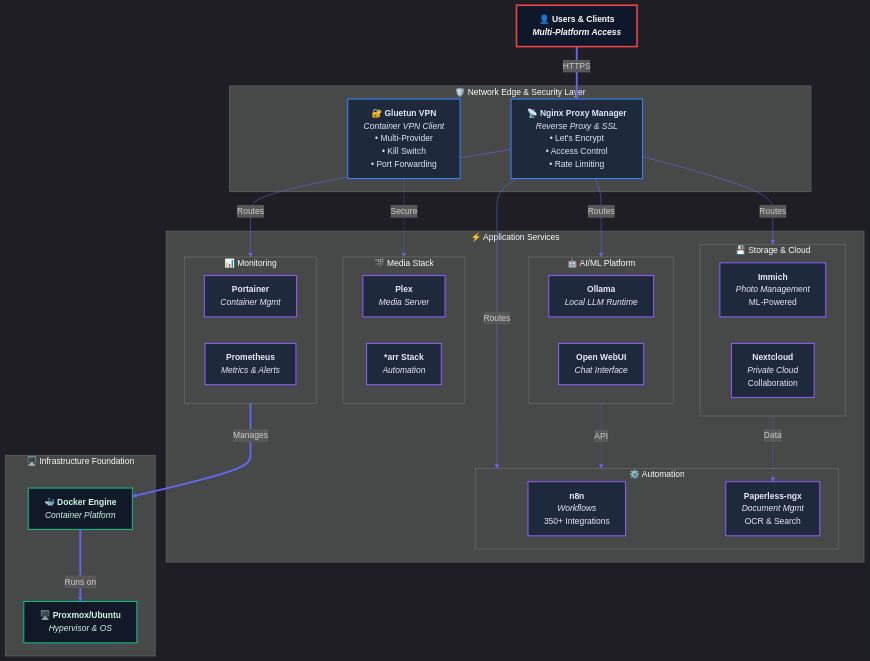
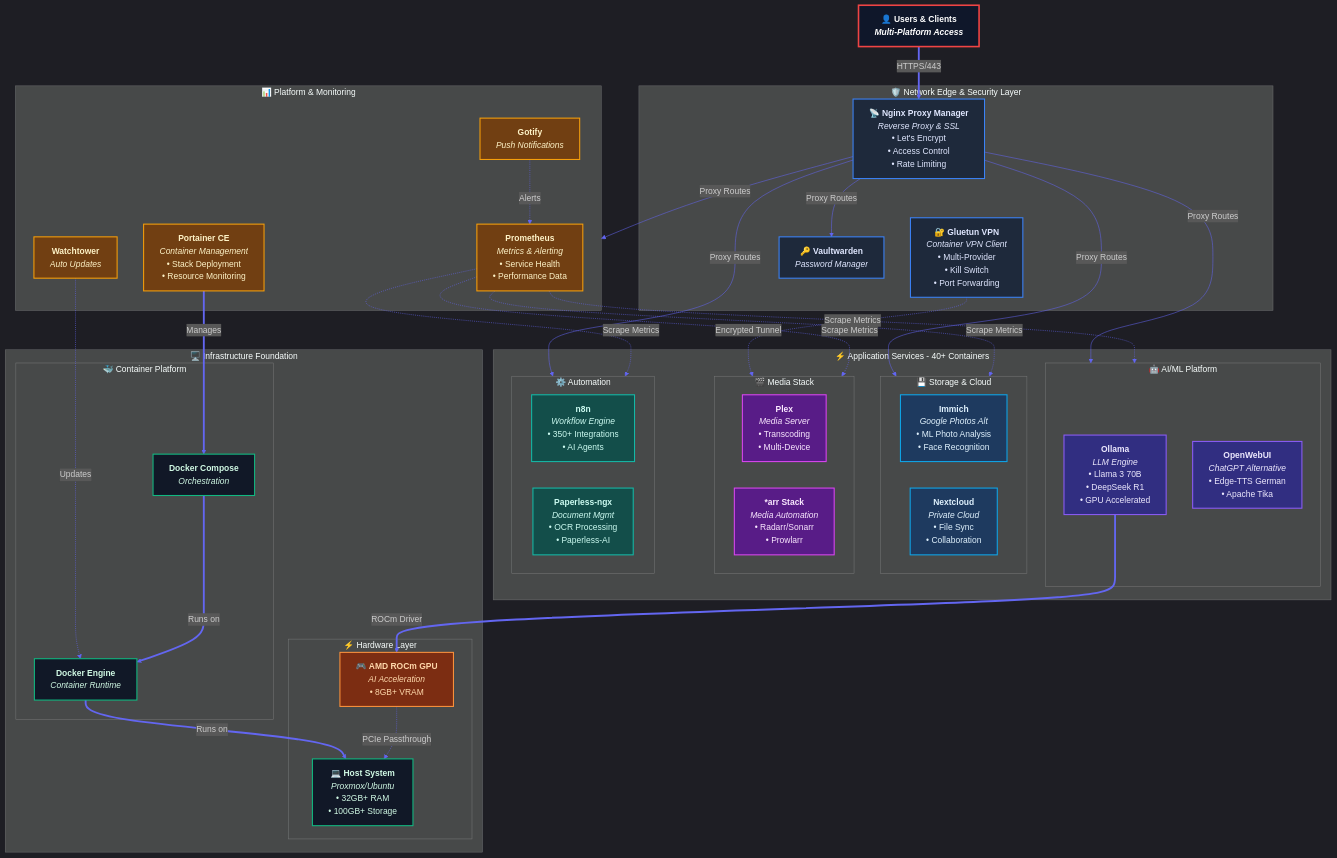
The first of 2 diagrams in README.md (psimaker/homelab), drawn with Mermaid before and after one commit.

````diff
--- a/README.md
+++ b/README.md
@@ -20,64 +20,99 @@
     subgraph EDGE["🛡️ Network Edge & Security Layer"]
         NPM["📡 <b>Nginx Proxy Manager</b><br/><i>Reverse Proxy & SSL</i><br/>• Let's Encrypt<br/>• Access Control<br/>• Rate Limiting"]
         VPN["🔐 <b>Gluetun VPN</b><br/><i>Container VPN Client</i><br/>• Multi-Provider<br/>• Kill Switch<br/>• Port Forwarding"]
+        VAULTWARDEN["🔑 <b>Vaultwarden</b><br/><i>Password Manager</i>"]
     end
 
-    subgraph SERVICES["⚡ Application Services"]
+    subgraph SERVICES["⚡ Application Services - 40+ Containers"]
         subgraph AI["🤖 AI/ML Platform"]
-            OLLAMA["<b>Ollama</b><br/><i>Local LLM Runtime</i>"]
-            OPENWEBUI["<b>Open WebUI</b><br/><i>Chat Interface</i>"]
+            OLLAMA["<b>Ollama</b><br/><i>LLM Engine</i><br/>• Llama 3 70B<br/>• DeepSeek R1<br/>• GPU Accelerated"]
+            OPENWEBUI["<b>OpenWebUI</b><br/><i>ChatGPT Alternative</i><br/>• Edge-TTS German<br/>• Apache Tika"]
         end
 
         subgraph STORAGE["💾 Storage & Cloud"]
-            IMMICH["<b>Immich</b><br/><i>Photo Management</i><br/>ML-Powered"]
-            NEXTCLOUD["<b>Nextcloud</b><br/><i>Private Cloud</i><br/>Collaboration"]
+            IMMICH["<b>Immich</b><br/><i>Google Photos Alt</i><br/>• ML Photo Analysis<br/>• Face Recognition"]
+            NEXTCLOUD["<b>Nextcloud</b><br/><i>Private Cloud</i><br/>• File Sync<br/>• Collaboration"]
         end
 
         subgraph MEDIA["🎬 Media Stack"]
-            PLEX["<b>Plex</b><br/><i>Media Server</i>"]
-            RADARR["<b>*arr Stack</b><br/><i>Automation</i>"]
+            PLEX["<b>Plex</b><br/><i>Media Server</i><br/>• Transcoding<br/>• Multi-Device"]
+            ARR["<b>*arr Stack</b><br/><i>Media Automation</i><br/>• Radarr/Sonarr<br/>• Prowlarr"]
         end
 
         subgraph AUTO["⚙️ Automation"]
-            N8N["<b>n8n</b><br/><i>Workflows</i><br/>350+ Integrations"]
-            PAPERLESS["<b>Paperless-ngx</b><br/><i>Document Mgmt</i><br/>OCR & Search"]
-        end
-
-        subgraph MON["📊 Monitoring"]
-            PORTAINER["<b>Portainer</b><br/><i>Container Mgmt</i>"]
-            PROMETHEUS["<b>Prometheus</b><br/><i>Metrics & Alerts</i>"]
+            N8N["<b>n8n</b><br/><i>Workflow Engine</i><br/>• 350+ Integrations<br/>• AI Agents"]
+            PAPERLESS["<b>Paperless-ngx</b><br/><i>Document Mgmt</i><br/>• OCR Processing<br/>• Paperless-AI"]
         end
     end
 
-    subgraph INFRA["🖥️ Infrastructure Foundation"]
-        DOCKER["🐳 <b>Docker Engine</b><br/><i>Container Platform</i>"]
-        HOST["🖥️ <b>Proxmox/Ubuntu</b><br/><i>Hypervisor & OS</i>"]
+    subgraph PLATFORM["📊 Platform & Monitoring"]
+        PORTAINER["<b>Portainer CE</b><br/><i>Container Management</i><br/>• Stack Deployment<br/>• Resource Monitoring"]
+        PROMETHEUS["<b>Prometheus</b><br/><i>Metrics & Alerting</i><br/>• Service Health<br/>• Performance Data"]
+        WATCHTOWER["<b>Watchtower</b><br/><i>Auto Updates</i>"]
+        GOTIFY["<b>Gotify</b><br/><i>Push Notifications</i>"]
     end
 
-    %% Connections
-    USER ==>|HTTPS| NPM
-    NPM -->|Routes| AI
-    NPM -->|Routes| STORAGE
-    NPM -->|Routes| AUTO
-    NPM -->|Routes| MON
-    VPN -.->|Secure| MEDIA
+    subgraph INFRA["🖥️ Infrastructure Foundation"]
+        subgraph DOCKER["🐳 Container Platform"]
+            COMPOSE["<b>Docker Compose</b><br/><i>Orchestration</i>"]
+            ENGINE["<b>Docker Engine</b><br/><i>Container Runtime</i>"]
+        end
+        subgraph HARDWARE["⚡ Hardware Layer"]
+            GPU["🎮 <b>AMD ROCm GPU</b><br/><i>AI Acceleration</i><br/>• 8GB+ VRAM"]
+            HOST["💻 <b>Host System</b><br/><i>Proxmox/Ubuntu</i><br/>• 32GB+ RAM<br/>• 100GB+ Storage"]
+        end
+    end
+
+    %% Main Connections
+    USER ==>|"HTTPS/443"| NPM
+    NPM -->|"Proxy Routes"| AI
+    NPM -->|"Proxy Routes"| STORAGE
+    NPM -->|"Proxy Routes"| AUTO
+    NPM -->|"Proxy Routes"| PLATFORM
+    NPM -->|"Proxy Routes"| VAULTWARDEN
     
-    AI -.->|API| AUTO
-    STORAGE -.->|Data| PAPERLESS
-    MON ==>|Manages| DOCKER
-    DOCKER ==>|Runs on| HOST
+    %% VPN for Media Stack
+    VPN -.->|"Encrypted Tunnel"| MEDIA
+    
+    %% AI GPU Acceleration
+    OLLAMA ==>|"ROCm Driver"| GPU
+    
+    %% Monitoring Connections
+    PROMETHEUS -.->|"Scrape Metrics"| AI
+    PROMETHEUS -.->|"Scrape Metrics"| STORAGE
+    PROMETHEUS -.->|"Scrape Metrics"| MEDIA
+    PROMETHEUS -.->|"Scrape Metrics"| AUTO
+    
+    %% Platform Management
+    PORTAINER ==>|"Manages"| COMPOSE
+    WATCHTOWER -.->|"Updates"| ENGINE
+    GOTIFY -.->|"Alerts"| PROMETHEUS
+    
+    %% Infrastructure
+    COMPOSE ==>|"Runs on"| ENGINE
+    ENGINE ==>|"Runs on"| HOST
+    GPU -.->|"PCIe Passthrough"| HOST
 
     %% Styling
     classDef userStyle fill:#0f172a,stroke:#ef4444,stroke-width:3px,color:#ffffff,font-weight:bold
     classDef edgeStyle fill:#1e293b,stroke:#3b82f6,stroke-width:2px,color:#e0e7ff
-    classDef serviceStyle fill:#1e293b,stroke:#8b5cf6,stroke-width:2px,color:#ede9fe
+    classDef aiStyle fill:#312e81,stroke:#8b5cf6,stroke-width:2px,color:#ede9fe
+    classDef storageStyle fill:#1e3a5f,stroke:#0ea5e9,stroke-width:2px,color:#e0f2fe
+    classDef mediaStyle fill:#581c87,stroke:#d946ef,stroke-width:2px,color:#fae8ff
+    classDef autoStyle fill:#134e4a,stroke:#14b8a6,stroke-width:2px,color:#ccfbf1
+    classDef monStyle fill:#713f12,stroke:#f59e0b,stroke-width:2px,color:#fef3c7
     classDef infraStyle fill:#111827,stroke:#10b981,stroke-width:2px,color:#d1fae5
+    classDef gpuStyle fill:#7c2d12,stroke:#fb923c,stroke-width:2px,color:#fed7aa
     
     class USER userStyle
-    class NPM,VPN edgeStyle
-    class OLLAMA,OPENWEBUI,IMMICH,NEXTCLOUD,PLEX,RADARR,N8N,PAPERLESS,PORTAINER,PROMETHEUS serviceStyle
-    class DOCKER,HOST infraStyle
-
+    class NPM,VPN,VAULTWARDEN edgeStyle
+    class OLLAMA,OPENWEBUI aiStyle
+    class IMMICH,NEXTCLOUD storageStyle
+    class PLEX,ARR mediaStyle
+    class N8N,PAPERLESS autoStyle
+    class PORTAINER,PROMETHEUS,WATCHTOWER,GOTIFY monStyle
+    class COMPOSE,ENGINE,HOST infraStyle
+    class GPU gpuStyle
 
 
 ```
````
